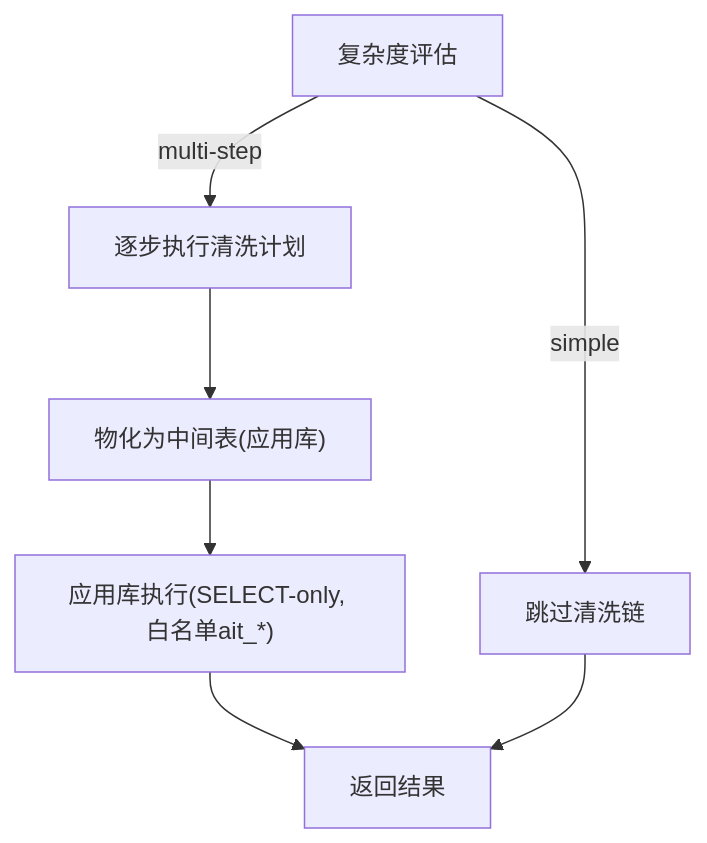
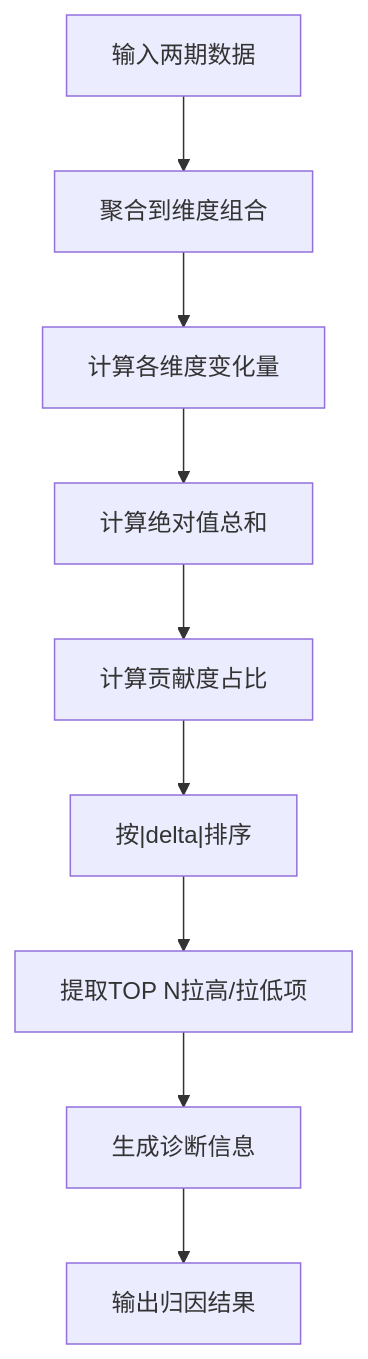
One commit to dgjin/smart-data-analytics changed the sixth of 10 diagrams in .qoder/repowiki/zh/content/后端服务/核心业务模块/查询处理引擎/查询处理引擎.md. Above: the diagram before and after it, drawn with Mermaid. The commit also changed other lines of this file and 141 other files, not shown here.

````diff
--- a/.qoder/repowiki/zh/content/后端服务/核心业务模块/查询处理引擎/查询处理引擎.md
+++ b/.qoder/repowiki/zh/content/后端服务/核心业务模块/查询处理引擎/查询处理引擎.md
@@ -205,9 +256,11 @@
 ```mermaid
 flowchart TD
-Assess["复杂度评估"] --> |multi-step| RunChain["逐步执行清洗计划"]
-Assess --> |simple| Skip["跳过清洗链"]
-RunChain --> Materialize["物化为中间表(应用库)"]
-Materialize --> AppExec["应用库执行(SELECT-only, 白名单ait_*)"]
-AppExec --> Result["返回结果"]
-Skip --> Result
+Data["输入两期数据"] --> Aggregate["聚合到维度组合"]
+Aggregate --> Delta["计算各维度变化量"]
+Delta --> AbsSum["计算绝对值总和"]
+AbsSum --> Contribution["计算贡献度占比"]
+Contribution --> Sort["按|delta|排序"]
+Sort --> TopN["提取TOP N拉高/拉低项"]
+TopN --> Diagnose["生成诊断信息"]
+Diagnose --> Output["输出归因结果"]
 ```
````
